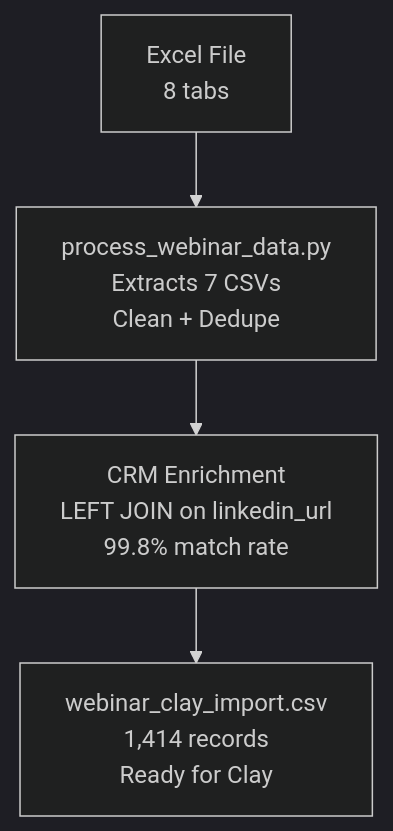
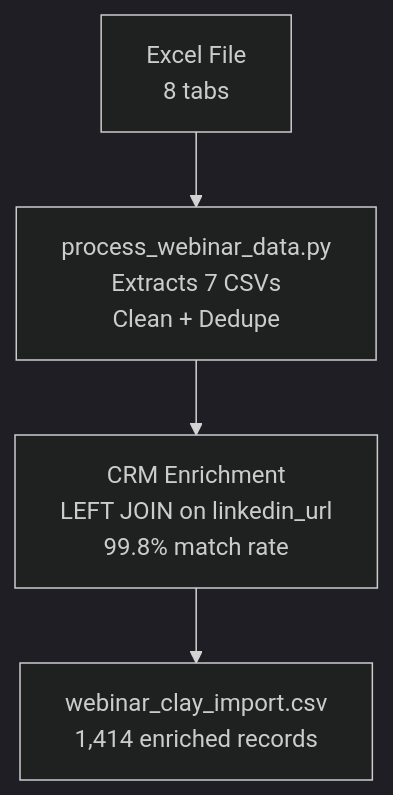
One commit to frankterpo/clay_gtm changed the diagram in README.md. Above: the diagram before and after it, drawn with Mermaid (dark theme). The commit also changed other lines of this file, not shown here.

First line of the commit message:
Complete README overhaul - clear flow, evaluation criteria, Clay Magic

````diff
--- a/README.md
+++ b/README.md
@@ -40,6 +39,6 @@
 ```mermaid
 flowchart TD
     A[Excel File<br/>8 tabs] --> B[process_webinar_data.py<br/>Extracts 7 CSVs<br/>Clean + Dedupe]
     B --> C[CRM Enrichment<br/>LEFT JOIN on linkedin_url<br/>99.8% match rate]
-    C --> D[webinar_clay_import.csv<br/>1,414 records<br/>Ready for Clay]
+    C --> D[webinar_clay_import.csv<br/>1,414 enriched records]
 ```
````
